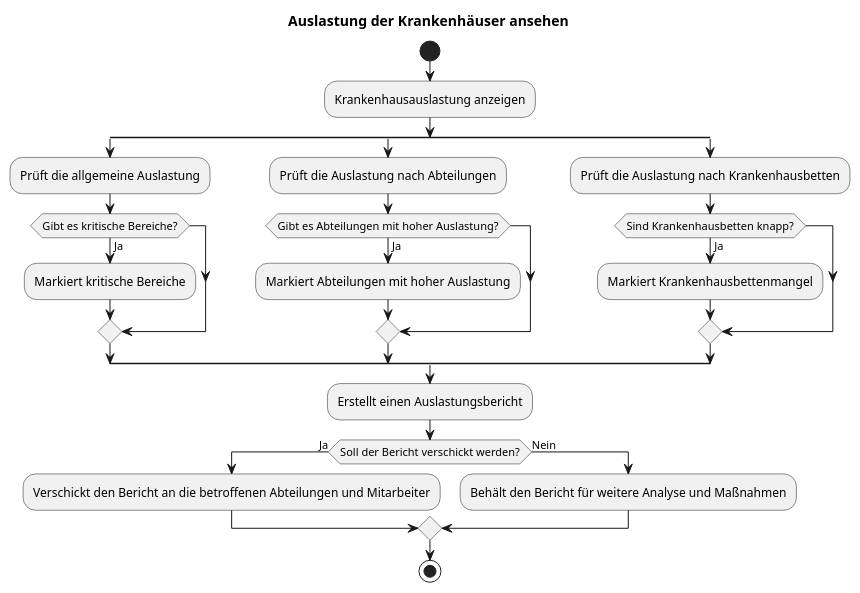
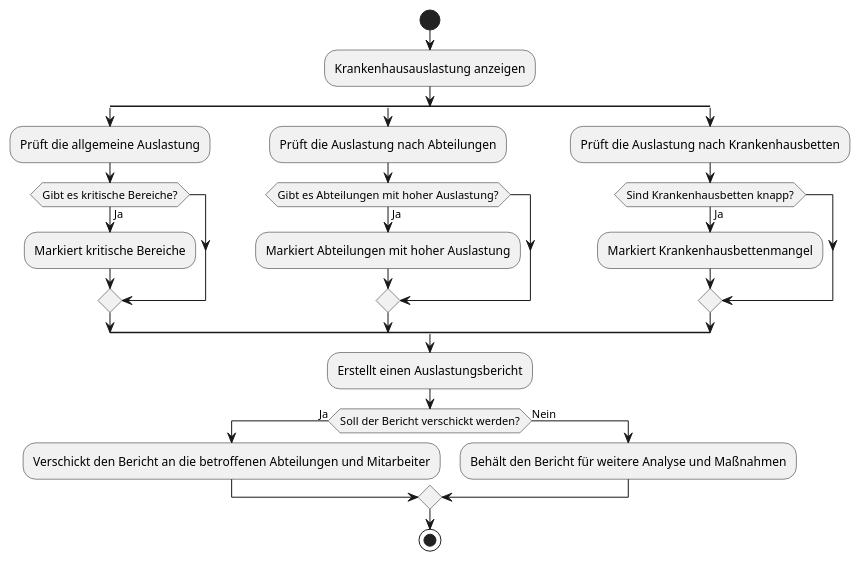
Before and after one commit to helenlaible/ss23-kba-project: diagram 12 of 14 in docs/2_planning/3_activity_diagrams.md, drawn with PlantUML. The commit also changed other lines of this file, not shown here.

````diff
--- a/docs/2_planning/3_activity_diagrams.md
+++ b/docs/2_planning/3_activity_diagrams.md
@@ -308,36 +308,35 @@
 ```plantuml
 @startuml
-title Auslastung der Krankenhäuser ansehen
 
 start
 
 :Krankenhausauslastung anzeigen;
 
 split
   :Prüft die allgemeine Auslastung;
   if (Gibt es kritische Bereiche?) then (Ja)
     :Markiert kritische Bereiche;
   endif
 split again
   :Prüft die Auslastung nach Abteilungen;
   if (Gibt es Abteilungen mit hoher Auslastung?) then (Ja)
     :Markiert Abteilungen mit hoher Auslastung;
   endif
 split again
   :Prüft die Auslastung nach Krankenhausbetten;
   if (Sind Krankenhausbetten knapp?) then (Ja)
     :Markiert Krankenhausbettenmangel;
   endif
 end split
 
 :Erstellt einen Auslastungsbericht;
 
 if (Soll der Bericht verschickt werden?) then (Ja)
   :Verschickt den Bericht an die betroffenen Abteilungen und Mitarbeiter;
 else (Nein)
   :Behält den Bericht für weitere Analyse und Maßnahmen;
 endif
 
 stop
 @enduml
 ```
````
